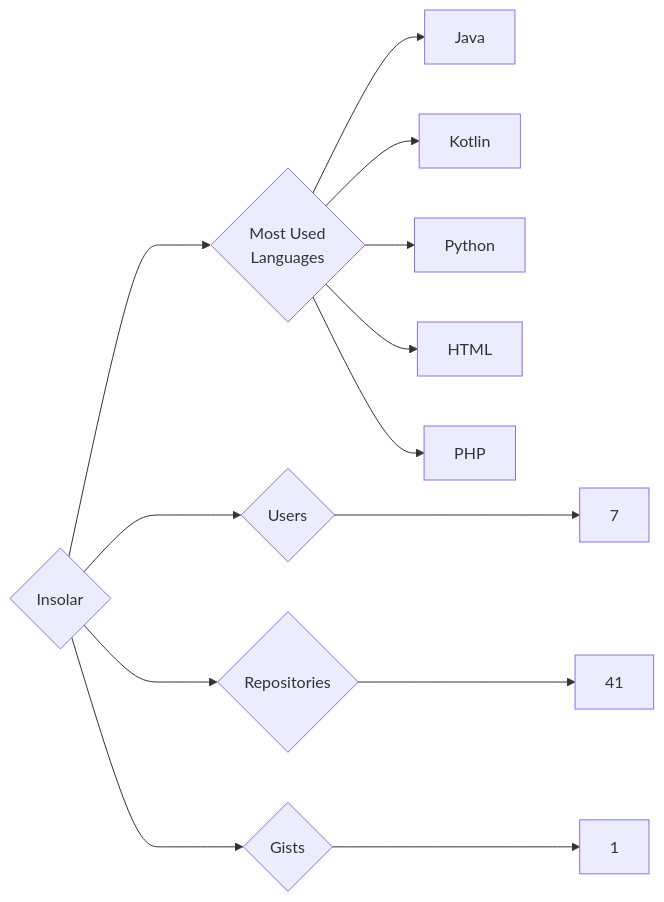
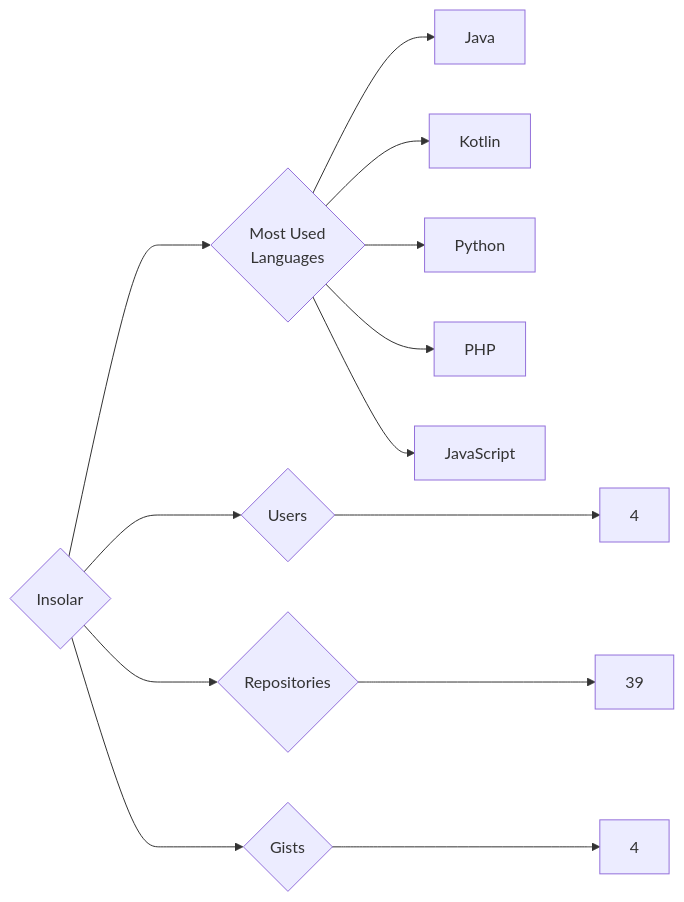
The diagram in targets/Insolar/README.md (trickest/insiders), drawn with Mermaid before and after one commit. The commit also changed 636 other files, not shown here.

````diff
--- a/targets/Insolar/README.md
+++ b/targets/Insolar/README.md
@@ -3,13 +3,13 @@
 ```mermaid
 graph LR
 COMPANY_NAME{Insolar}
-COMPANY_NAME ---> U{Users} ---> UN[7]
-COMPANY_NAME ---> R{Repositories} ---> RN[41]
-COMPANY_NAME ---> G{Gists} ---> GN[1]
+COMPANY_NAME ---> U{Users} ---> UN[4]
+COMPANY_NAME ---> R{Repositories} ---> RN[39]
+COMPANY_NAME ---> G{Gists} ---> GN[4]
 COMPANY_NAME ---> ML{Most Used<br>Languages}
 ML --> Java[Java]
 ML --> Kotlin[Kotlin]
 ML --> Python[Python]
-ML --> HTML[HTML]
 ML --> PHP[PHP]
+ML --> JavaScript[JavaScript]
 ```
````
